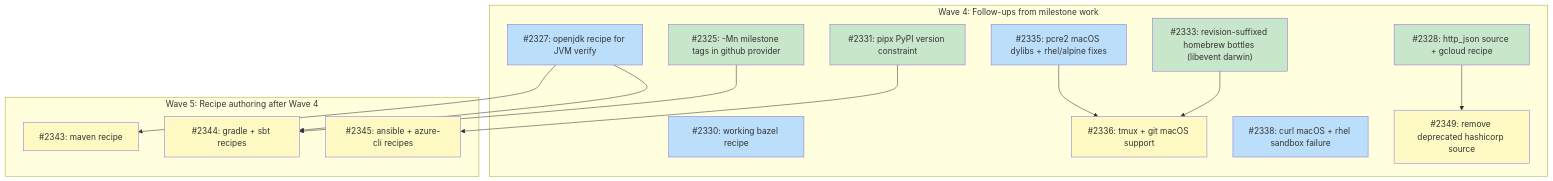
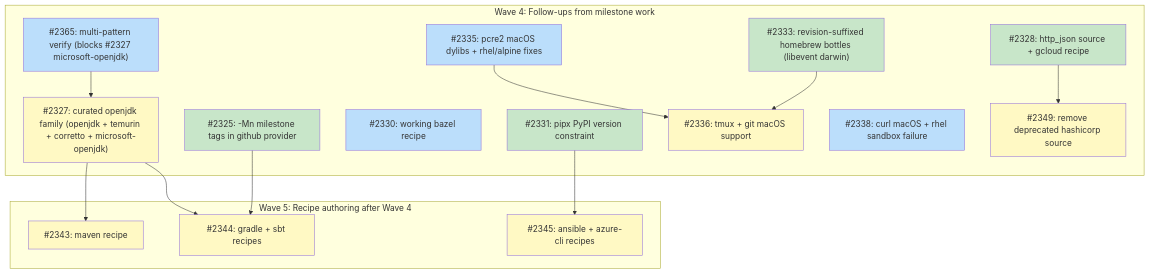
The diagram in docs/plans/PLAN-curated-recipes.md (tsukumogami/tsuku), drawn with Mermaid before and after one commit. The commit also changed other lines of this file, not shown here.

Commit message:
docs(plans): record #2365 as a merge blocker for the openjdk family
The curated openjdk family in #2327 ships four recipes (openjdk,
temurin, corretto, microsoft-openjdk). The microsoft-openjdk recipe
cannot bind verify to both vendor and version because Microsoft
suffixes the vendor name with an internal build hash, and tsuku's
verify takes a single substring pattern — so the strict check needs
the multi-pattern verify schema proposed in #2365.

Update the plan to:
- expand #2327's row to reflect the four-recipe scope and call out
  the #2365 dependency
- add #2365 to the Wave 4 follow-ups table and dependency graph
- mark #2327 as blocked (yellow) in the diagram, with #2365 as the
  blocking arrow

````diff
--- a/docs/plans/PLAN-curated-recipes.md
+++ b/docs/plans/PLAN-curated-recipes.md
@@ -140,44 +142,46 @@
 ```mermaid
 graph TD
     subgraph wave4 ["Wave 4: Follow-ups from milestone work"]
         I2325["#2325: -Mn milestone tags in github provider"]
-        I2327["#2327: openjdk recipe for JVM verify"]
+        I2327["#2327: curated openjdk family (openjdk + temurin + corretto + microsoft-openjdk)"]
         I2328["#2328: http_json source + gcloud recipe"]
         I2330["#2330: working bazel recipe"]
         I2331["#2331: pipx PyPI version constraint"]
         I2333["#2333: revision-suffixed homebrew bottles (libevent darwin)"]
         I2335["#2335: pcre2 macOS dylibs + rhel/alpine fixes"]
         I2336["#2336: tmux + git macOS support"]
         I2338["#2338: curl macOS + rhel sandbox failure"]
         I2349["#2349: remove deprecated hashicorp source"]
+        I2365["#2365: multi-pattern verify (blocks #2327 microsoft-openjdk)"]
     end
 
     subgraph wave5 ["Wave 5: Recipe authoring after Wave 4"]
         I2343["#2343: maven recipe"]
         I2344["#2344: gradle + sbt recipes"]
         I2345["#2345: ansible + azure-cli recipes"]
     end
 
     I2333 --> I2336
     I2335 --> I2336
 
+    I2365 --> I2327
     I2327 --> I2343
     I2325 --> I2344
     I2327 --> I2344
     I2331 --> I2345
     I2328 --> I2349
 
     classDef done fill:#c8e6c9
     classDef ready fill:#bbdefb
     classDef blocked fill:#fff9c4
     classDef needsDesign fill:#e1bee7
     classDef needsPrd fill:#b3e5fc
     classDef needsSpike fill:#ffcdd2
     classDef needsDecision fill:#d1c4e9
     classDef tracksDesign fill:#FFE0B2,stroke:#F57C00,color:#000
     classDef tracksPlan fill:#FFE0B2,stroke:#F57C00,color:#000
 
     class I2325,I2328,I2331,I2333 done
-    class I2327,I2330,I2335,I2338 ready
-    class I2336,I2343,I2344,I2345,I2349 blocked
+    class I2330,I2335,I2338,I2365 ready
+    class I2327,I2336,I2343,I2344,I2345,I2349 blocked
 ```
````
